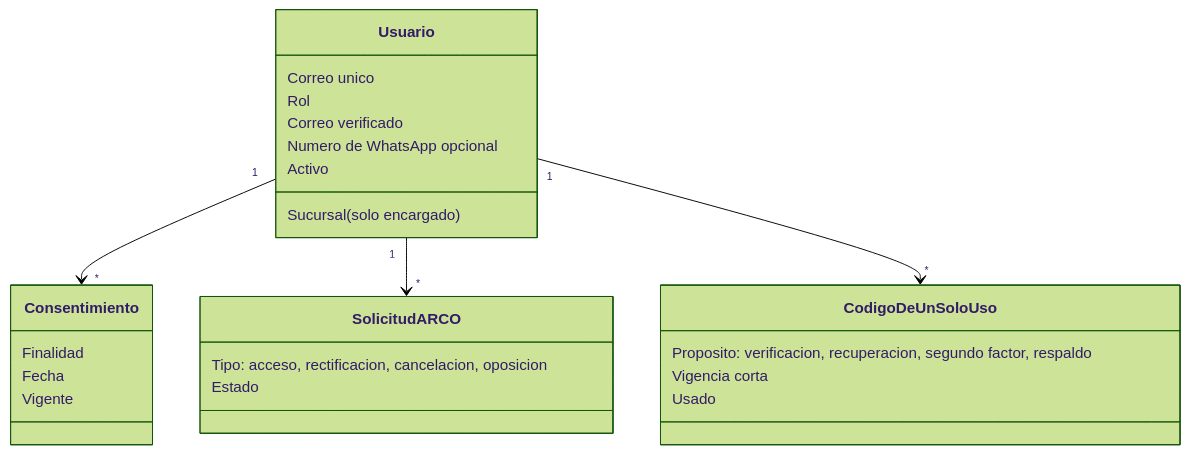
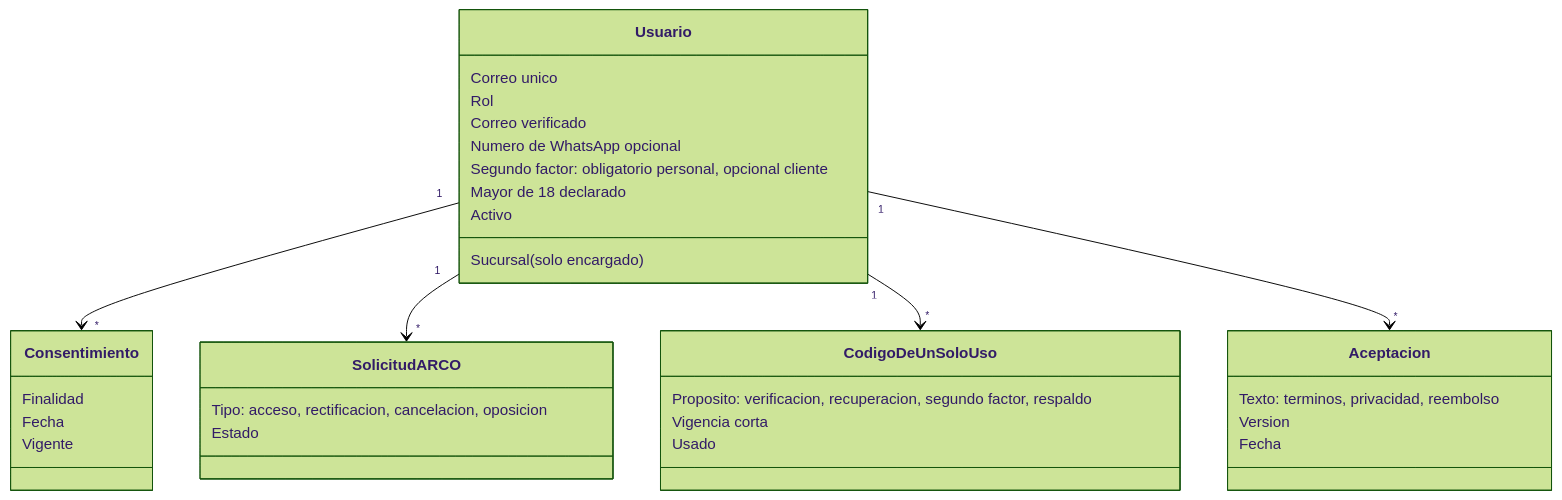
One commit to P35C4D0R4B1050/BabelHub changed the fourth of 4 diagrams in docs/01-analisis-de-sistema/07-modelo-de-dominio.md. Above: the diagram before and after it, drawn with Mermaid (forest theme). The commit also changed other lines of this file and 29 other files, not shown here.

First line of the commit message:
docs: align analysis, architecture, design, security and UX docs with the specs

````diff
--- a/docs/01-analisis-de-sistema/07-modelo-de-dominio.md
+++ b/docs/01-analisis-de-sistema/07-modelo-de-dominio.md
@@ -149,28 +158,36 @@
 ```mermaid
 classDiagram
 class Usuario {
   Correo unico
   Rol
   Sucursal (solo encargado)
   Correo verificado
   Numero de WhatsApp opcional
+  Segundo factor: obligatorio personal, opcional cliente
+  Mayor de 18 declarado
   Activo
+}
+class Aceptacion {
+  Texto: terminos, privacidad, reembolso
+  Version
+  Fecha
 }
 class Consentimiento {
   Finalidad
   Fecha
   Vigente
 }
 class SolicitudARCO {
   Tipo: acceso, rectificacion, cancelacion, oposicion
   Estado
 }
 class CodigoDeUnSoloUso {
   Proposito: verificacion, recuperacion, segundo factor, respaldo
   Vigencia corta
   Usado
 }
 Usuario "1" --> "*" Consentimiento
 Usuario "1" --> "*" SolicitudARCO
 Usuario "1" --> "*" CodigoDeUnSoloUso
+Usuario "1" --> "*" Aceptacion
 ```
````
